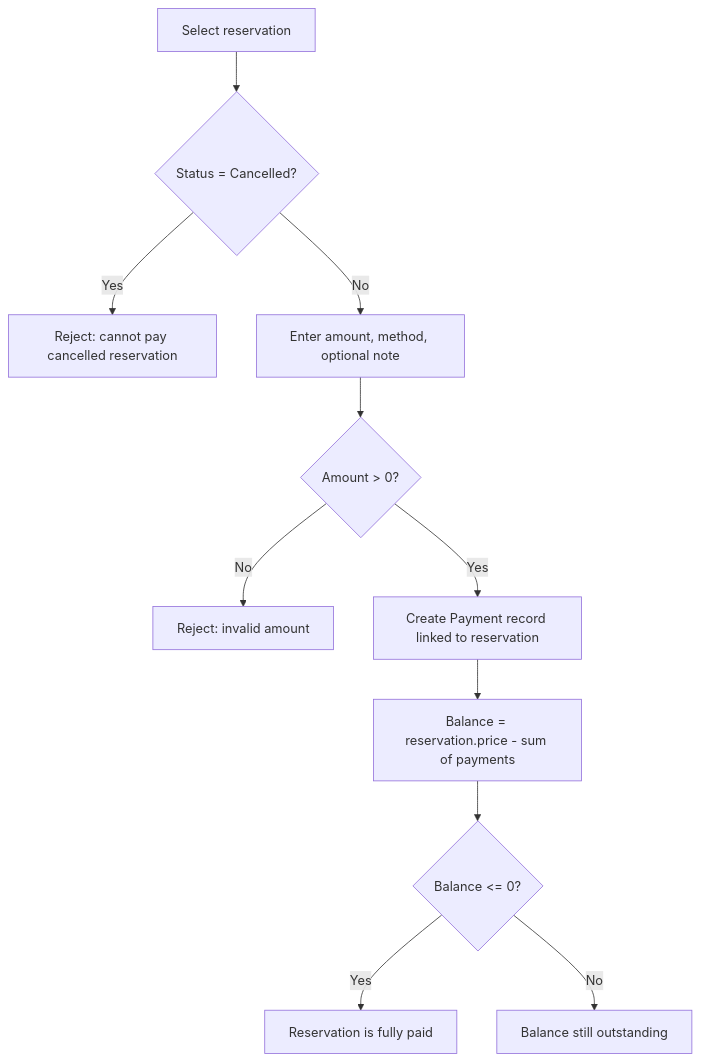
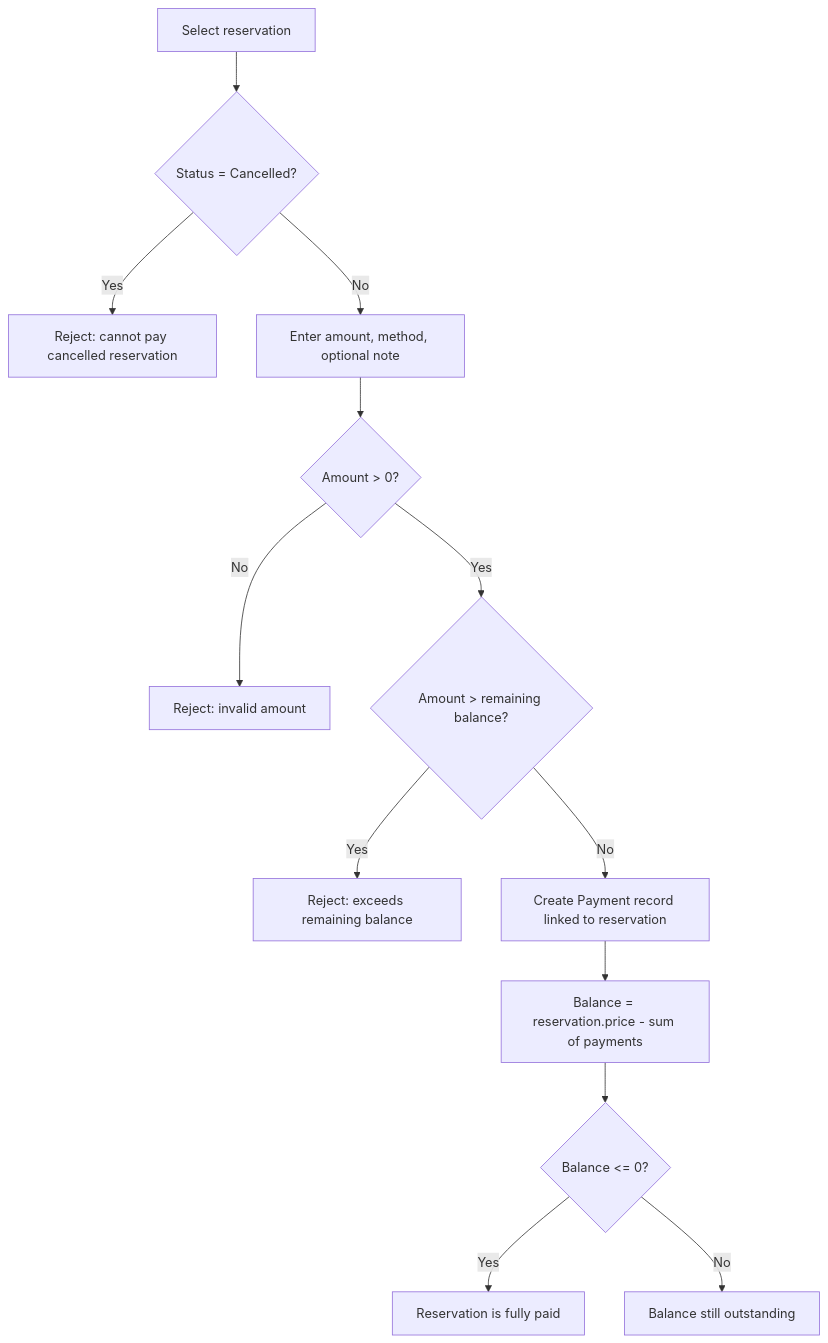
One commit to boyadzhievb/property-rental changed the seventh of 8 diagrams in FLOWS.md. Above: the diagram before and after it, drawn with Mermaid. The commit also changed 8 other files, not shown here.

````diff
--- a/FLOWS.md
+++ b/FLOWS.md
@@ -87,13 +87,15 @@
 ```mermaid
 flowchart TD
     A[Select reservation] --> B{Status = Cancelled?}
     B -->|Yes| C[Reject: cannot pay cancelled reservation]
     B -->|No| D[Enter amount, method, optional note]
     D --> E{Amount > 0?}
     E -->|No| F[Reject: invalid amount]
-    E -->|Yes| G[Create Payment record linked to reservation]
-    G --> H[Balance = reservation.price - sum of payments]
-    H --> I{Balance <= 0?}
-    I -->|Yes| J[Reservation is fully paid]
-    I -->|No| K[Balance still outstanding]
+    E -->|Yes| G{Amount > remaining balance?}
+    G -->|Yes| H[Reject: exceeds remaining balance]
+    G -->|No| I[Create Payment record linked to reservation]
+    I --> J[Balance = reservation.price - sum of payments]
+    J --> K{Balance <= 0?}
+    K -->|Yes| L[Reservation is fully paid]
+    K -->|No| M[Balance still outstanding]
 ```
````
